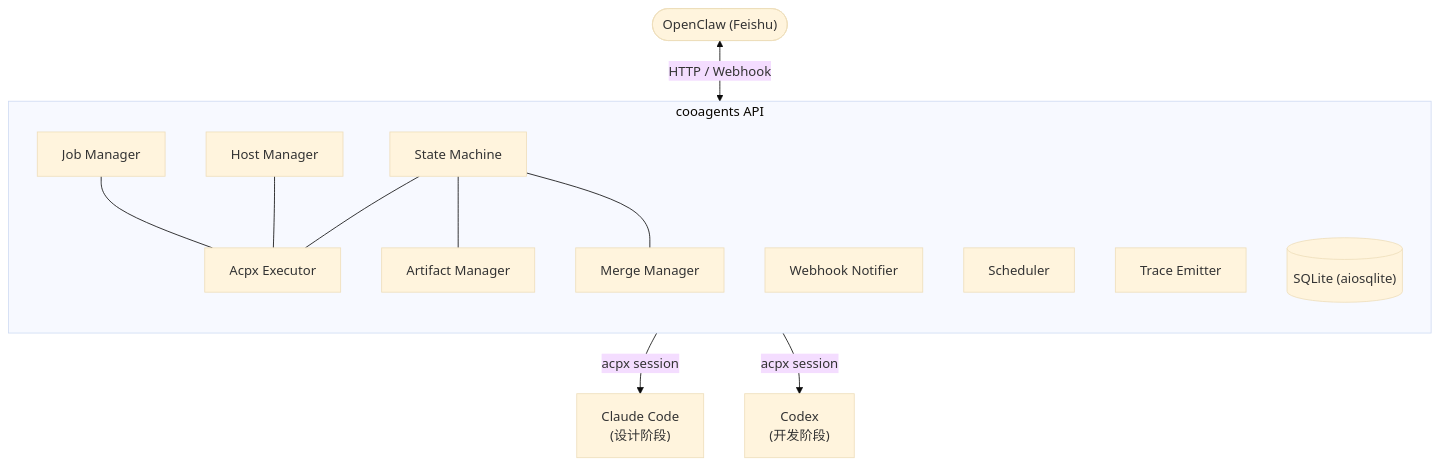
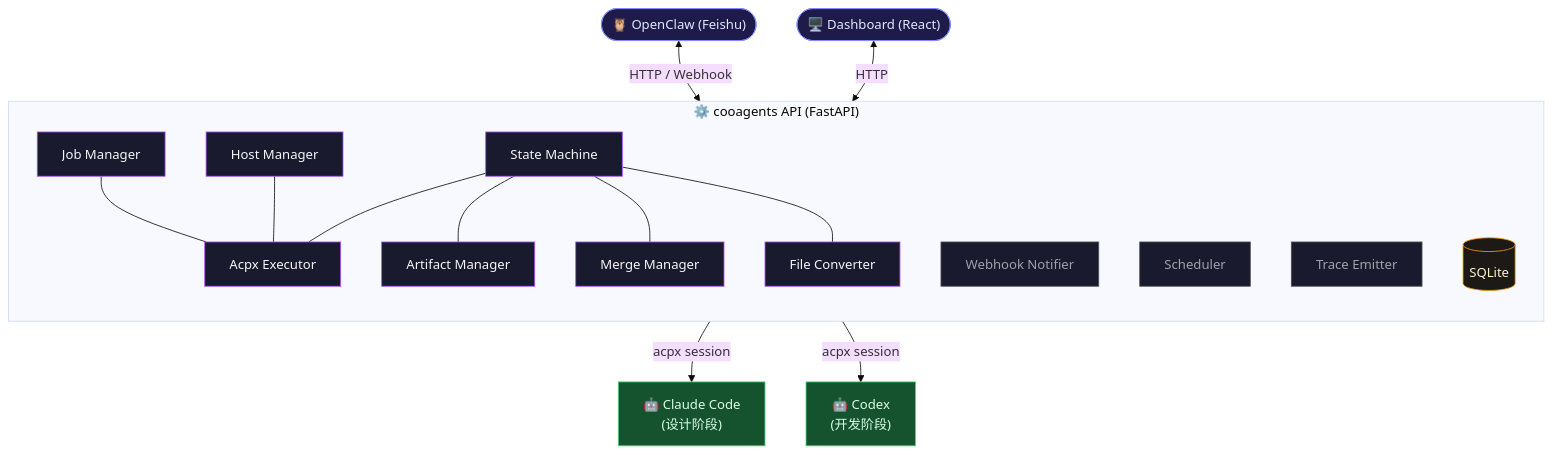
One commit to vaxtomis/cooagents changed the second of 4 diagrams in README.md. Above: the diagram before and after it, drawn with Mermaid (base theme). The commit also changed other lines of this file, not shown here.

First line of the commit message:
docs: update README for upload-requirement, dashboard, and artifact features

````diff
--- a/README.md
+++ b/README.md
@@ -47,20 +54,28 @@
 ```mermaid
 flowchart TB
-    OC(["OpenClaw (Feishu)"]) <-->|"HTTP / Webhook"| APP
+    OC(["🦉 OpenClaw (Feishu)"]):::client <-->|"HTTP / Webhook"| APP
+    DASH(["🖥️ Dashboard (React)"]):::client <-->|HTTP| APP
 
-    subgraph APP["cooagents API"]
+    subgraph APP["⚙️ cooagents API (FastAPI)"]
         direction TB
-        SM["State Machine"] --- AE["Acpx Executor"]
-        SM --- AM["Artifact Manager"]
-        SM --- MM["Merge Manager"]
-        HM["Host Manager"] --- AE
-        JM["Job Manager"] --- AE
-        WH["Webhook Notifier"]
-        SCH["Scheduler"]
-        TE["Trace Emitter"]
-        DB[("SQLite (aiosqlite)")]
+        SM["State Machine"]:::engine --- AE["Acpx Executor"]:::engine
+        SM --- AM["Artifact Manager"]:::engine
+        SM --- MM["Merge Manager"]:::engine
+        SM --- FC["File Converter"]:::engine
+        HM["Host Manager"]:::engine --- AE
+        JM["Job Manager"]:::engine --- AE
+        WH["Webhook Notifier"]:::support
+        SCH["Scheduler"]:::support
+        TE["Trace Emitter"]:::support
+        DB[("SQLite")]:::db
     end
 
-    AE -->|"acpx session"| CC["Claude Code\n(设计阶段)"]
-    AE -->|"acpx session"| CX["Codex\n(开发阶段)"]
+    AE -->|"acpx session"| CC["🤖 Claude Code<br/>(设计阶段)"]:::agent
+    AE -->|"acpx session"| CX["🤖 Codex<br/>(开发阶段)"]:::agent
+
+    classDef client fill:#1e1b4b,stroke:#818cf8,color:#e0e7ff
+    classDef engine fill:#1a1a2e,stroke:#a855f7,color:#f5f5f5
+    classDef support fill:#1a1a2e,stroke:#525252,color:#a1a1aa
+    classDef db fill:#1c1917,stroke:#f59e0b,color:#fef3c7
+    classDef agent fill:#14532d,stroke:#4ade80,color:#dcfce7
 ```
````
